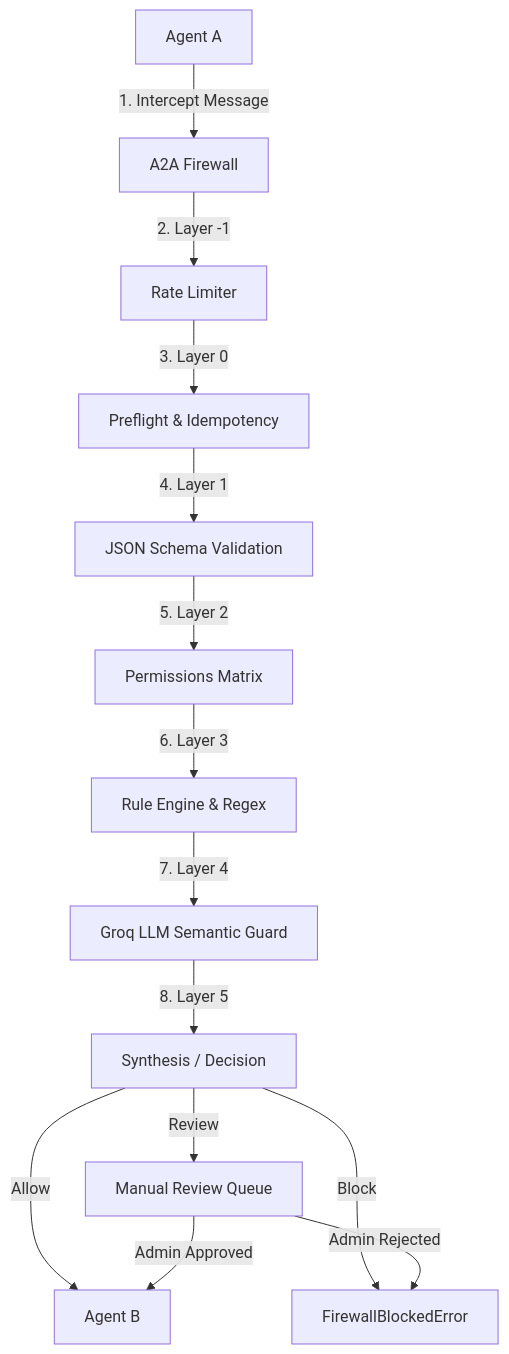
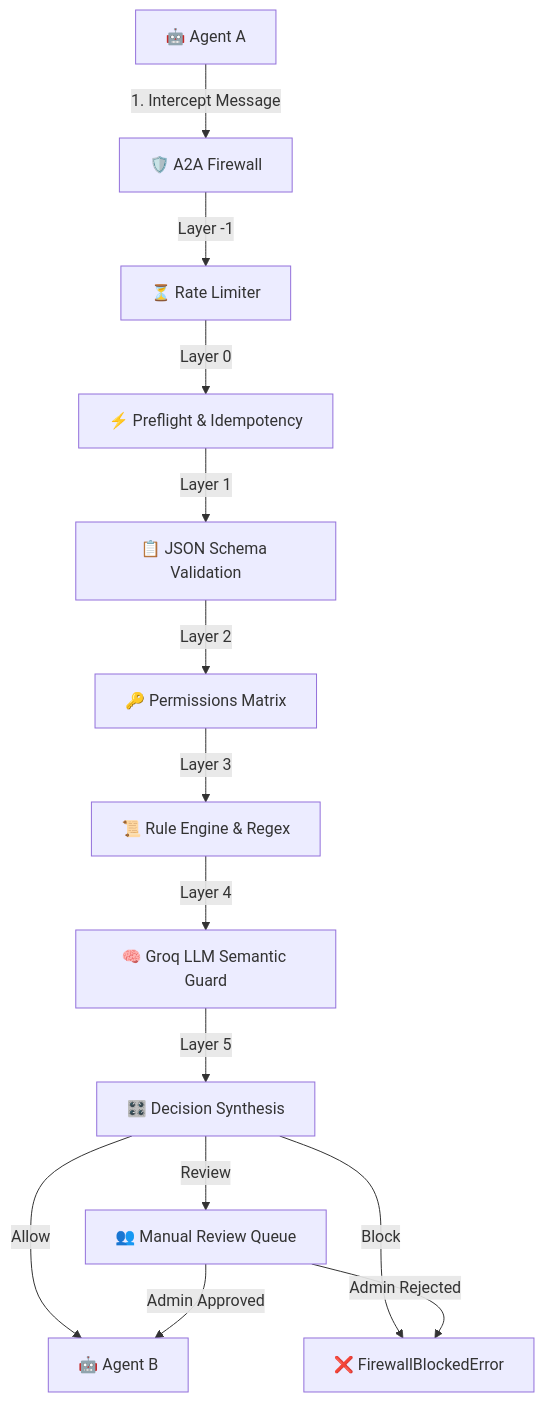
One commit to mananjp/a2a-firewall changed the diagram in README.md. Above: the diagram before and after it, drawn with Mermaid. The commit also changed other lines of this file, not shown here.

Commit message:
docs: upgrade README.md with comprehensive badges, architecture walkthrough, and observability guides

````diff
--- a/README.md
+++ b/README.md
@@ -11,18 +19,18 @@
 ```mermaid
 graph TD
-    A[Agent A] -->|1. Intercept Message| FW[A2A Firewall]
-    FW -->|2. Layer -1| L_M1[Rate Limiter]
-    L_M1 -->|3. Layer 0| L0[Preflight & Idempotency]
-    L0 -->|4. Layer 1| L1[JSON Schema Validation]
-    L1 -->|5. Layer 2| L2[Permissions Matrix]
-    L2 -->|6. Layer 3| L3[Rule Engine & Regex]
-    L3 -->|7. Layer 4| L4[Groq LLM Semantic Guard]
-    L4 -->|8. Layer 5| L5[Synthesis / Decision]
+    A["🤖 Agent A"] -->|1. Intercept Message| FW["🛡️ A2A Firewall"]
+    FW -->|Layer -1| L_M1["⏳ Rate Limiter"]
+    L_M1 -->|Layer 0| L0["⚡ Preflight & Idempotency"]
+    L0 -->|Layer 1| L1["📋 JSON Schema Validation"]
+    L1 -->|Layer 2| L2["🔑 Permissions Matrix"]
+    L2 -->|Layer 3| L3["📜 Rule Engine & Regex"]
+    L3 -->|Layer 4| L4["🧠 Groq LLM Semantic Guard"]
+    L4 -->|Layer 5| L5["🎛️ Decision Synthesis"]
     
-    L5 -->|Allow| B[Agent B]
-    L5 -->|Block| Err[FirewallBlockedError]
-    L5 -->|Review| RQ[Manual Review Queue]
+    L5 -->|Allow| B["🤖 Agent B"]
+    L5 -->|Block| Err["❌ FirewallBlockedError"]
+    L5 -->|Review| RQ["👥 Manual Review Queue"]
     
     RQ -->|Admin Approved| B
     RQ -->|Admin Rejected| Err
 ```
````
